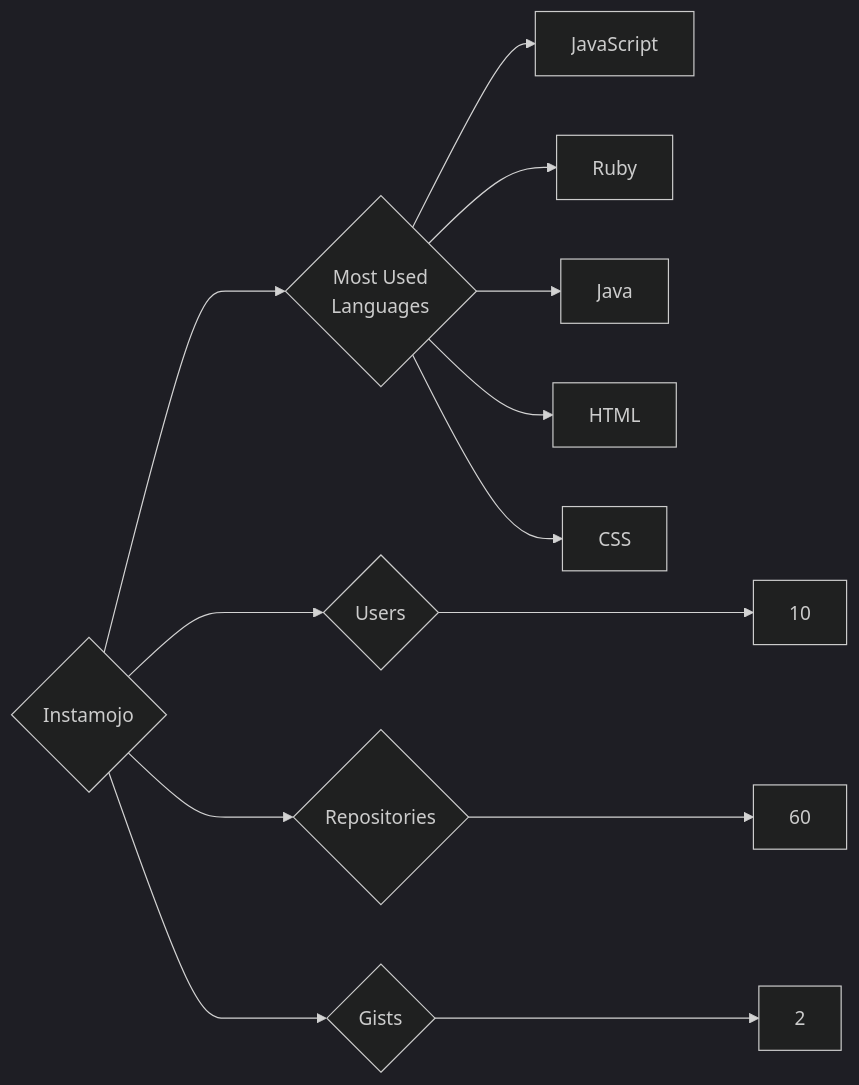
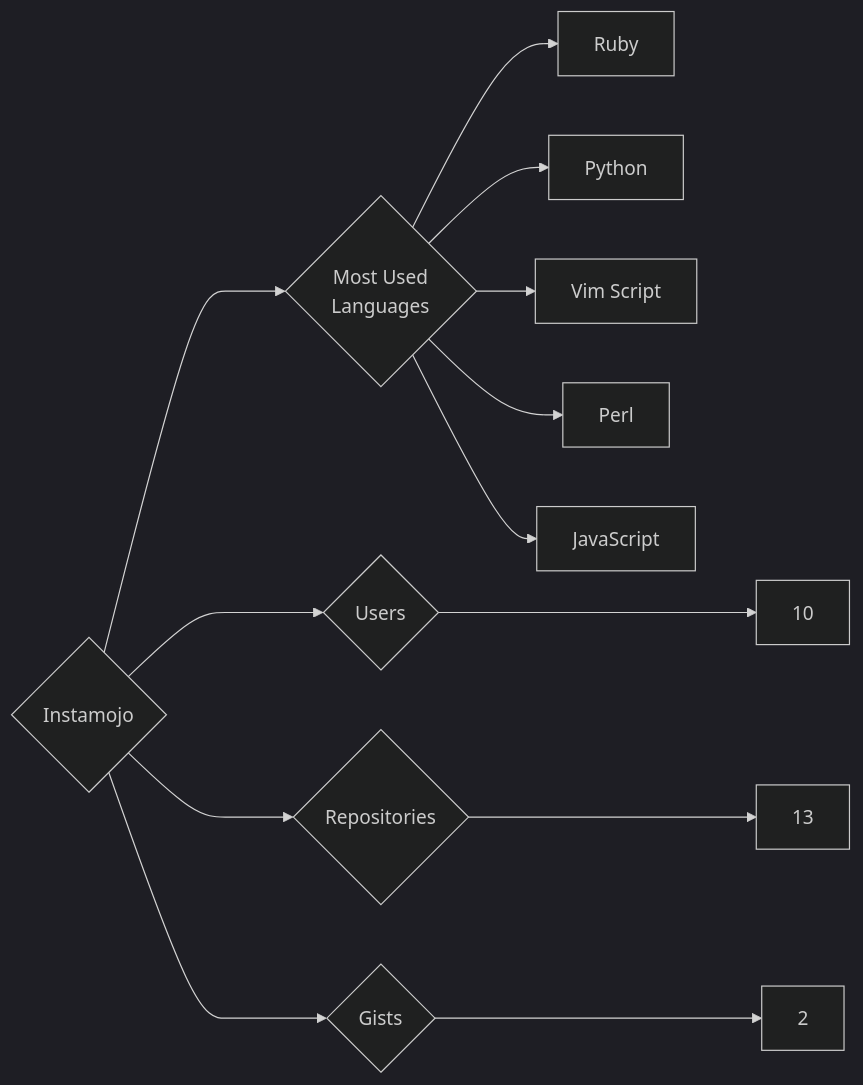
The diagram in targets/Instamojo/README.md (trickest/insiders), drawn with Mermaid (dark theme) before and after one commit. The commit also changed 1084 other files, not shown here.

````diff
--- a/targets/Instamojo/README.md
+++ b/targets/Instamojo/README.md
@@ -3,13 +3,13 @@
 ```mermaid
 graph LR
 COMPANY_NAME{Instamojo}
 COMPANY_NAME ---> U{Users} ---> UN[10]
-COMPANY_NAME ---> R{Repositories} ---> RN[60]
+COMPANY_NAME ---> R{Repositories} ---> RN[13]
 COMPANY_NAME ---> G{Gists} ---> GN[2]
 COMPANY_NAME ---> ML{Most Used<br>Languages}
+ML --> Ruby[Ruby]
+ML --> Python[Python]
+ML --> Vim_Script[Vim Script]
+ML --> Perl[Perl]
 ML --> JavaScript[JavaScript]
-ML --> Ruby[Ruby]
-ML --> Java[Java]
-ML --> HTML[HTML]
-ML --> CSS[CSS]
 ```
````
